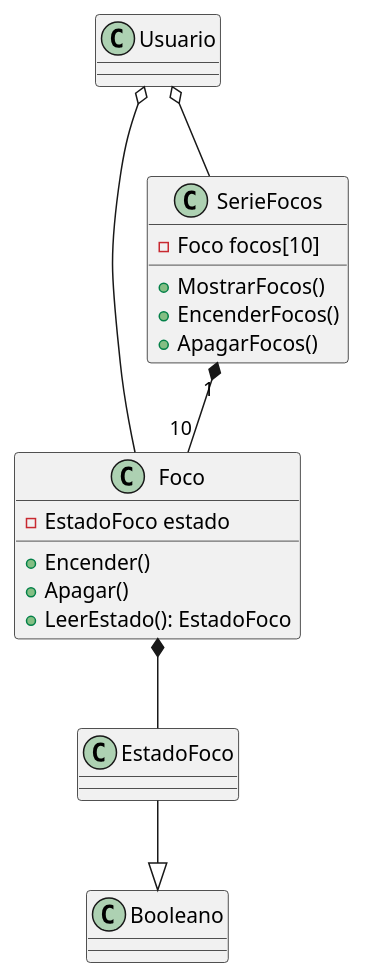
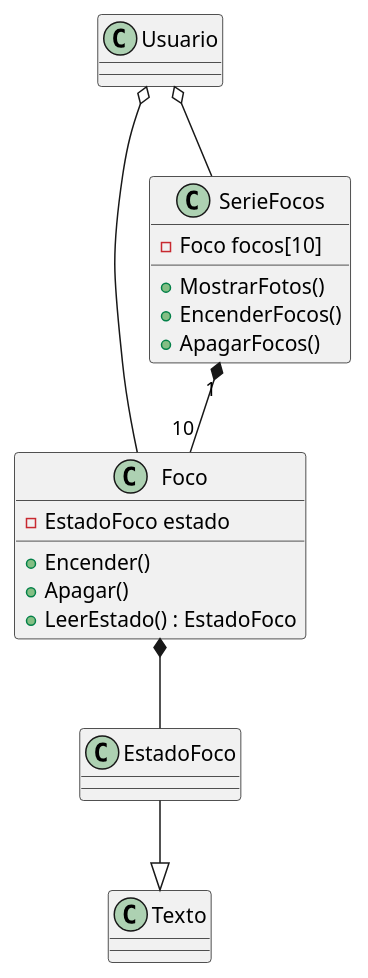
The diagram in docs/foco.puml (a25110272/3E261-Segundo-Parcial), drawn with PlantUML before and after one commit. The commit also changed 4 other files, not shown here.

```diff
--- a/docs/foco.puml
+++ b/docs/foco.puml
@@ -1,23 +1,22 @@
 @startuml foco
 class Usuario
-Class Foco{
+class Foco{
     - EstadoFoco estado
     + Encender()
     + Apagar()
-    + LeerEstado(): EstadoFoco
+    + LeerEstado() : EstadoFoco
 }
+
 class EstadoFoco
 class SerieFocos{
-   - Foco focos[10]
-   + MostrarFocos()
-   + EncenderFocos()
-   + ApagarFocos()
+    - Foco focos[10]
+    + MostrarFotos()
+    + EncenderFocos()
+    + ApagarFocos()
 }
-
 Usuario o-- Foco
 Foco *-- EstadoFoco
-EstadoFoco --|> Booleano
+EstadoFoco --|> Texto
 SerieFocos "1" *-- "10" Foco
-Usuario o-- SerieFocos 
-
+Usuario o-- SerieFocos
 @enduml
```
